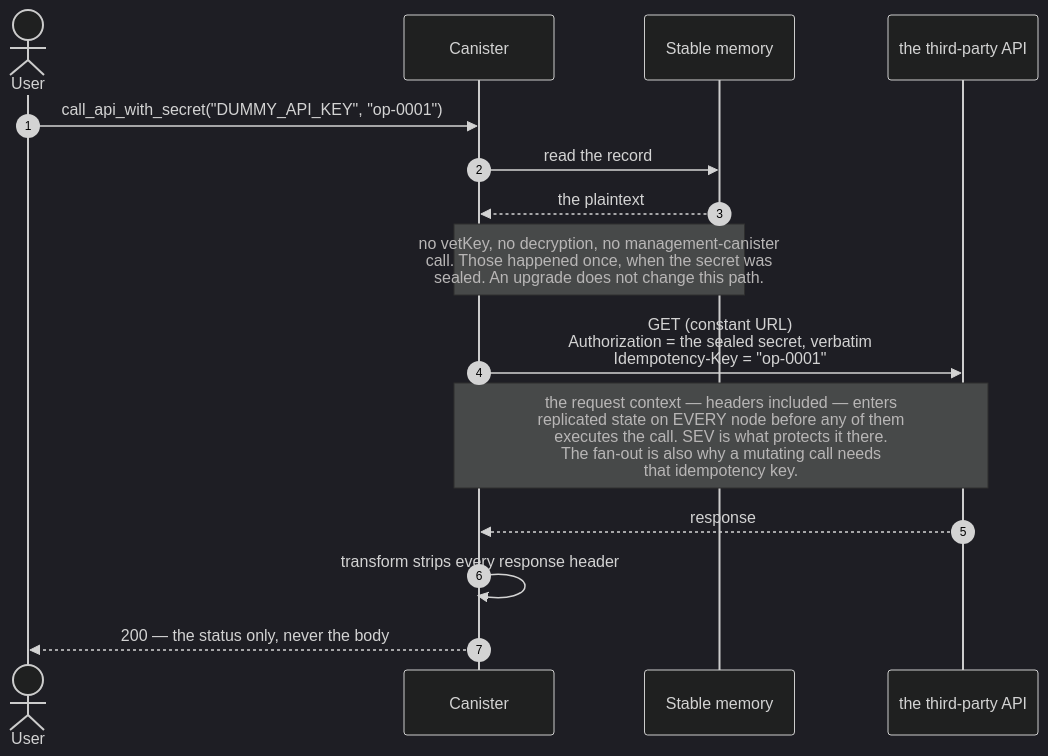
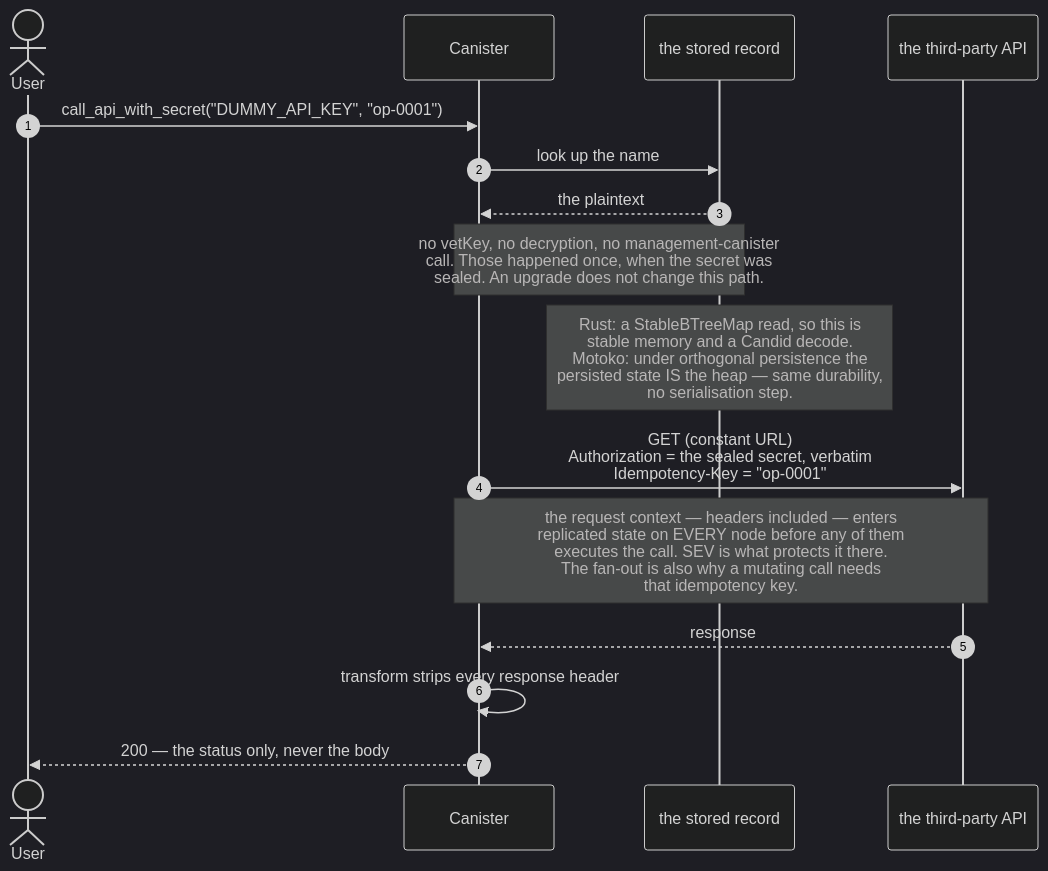
The second of 2 diagrams in README.md (marc0olo/icp-seeding-secrets-poc), drawn with Mermaid (dark theme) before and after one commit. The commit also changed other lines of this file and 11 other files, not shown here.

````diff
--- a/README.md
+++ b/README.md
@@ -166,19 +166,20 @@
 ```mermaid
 sequenceDiagram
     autonumber
     actor User
     participant Can as Canister
-    participant Stable as Stable memory
+    participant Store as the stored record
     participant API as the third-party API
 
     User->>Can: call_api_with_secret("DUMMY_API_KEY", "op-0001")
-    Can->>Stable: read the record
-    Stable-->>Can: the plaintext
-    Note over Can,Stable: no vetKey, no decryption, no management-canister<br/>call. Those happened once, when the secret was<br/>sealed. An upgrade does not change this path.
+    Can->>Store: look up the name
+    Store-->>Can: the plaintext
+    Note over Can,Store: no vetKey, no decryption, no management-canister<br/>call. Those happened once, when the secret was<br/>sealed. An upgrade does not change this path.
+    Note over Store: Rust: a StableBTreeMap read, so this is<br/>stable memory and a Candid decode.<br/>Motoko: under orthogonal persistence the<br/>persisted state IS the heap — same durability,<br/>no serialisation step.
 
     Can->>API: GET (constant URL)<br/>Authorization = the sealed secret, verbatim<br/>Idempotency-Key = "op-0001"
     Note over Can,API: the request context — headers included — enters<br/>replicated state on EVERY node before any of them<br/>executes the call. SEV is what protects it there.<br/>The fan-out is also why a mutating call needs<br/>that idempotency key.
     API-->>Can: response
     Can->>Can: transform strips every response header
     Can-->>User: 200 — the status only, never the body
 ```
````
